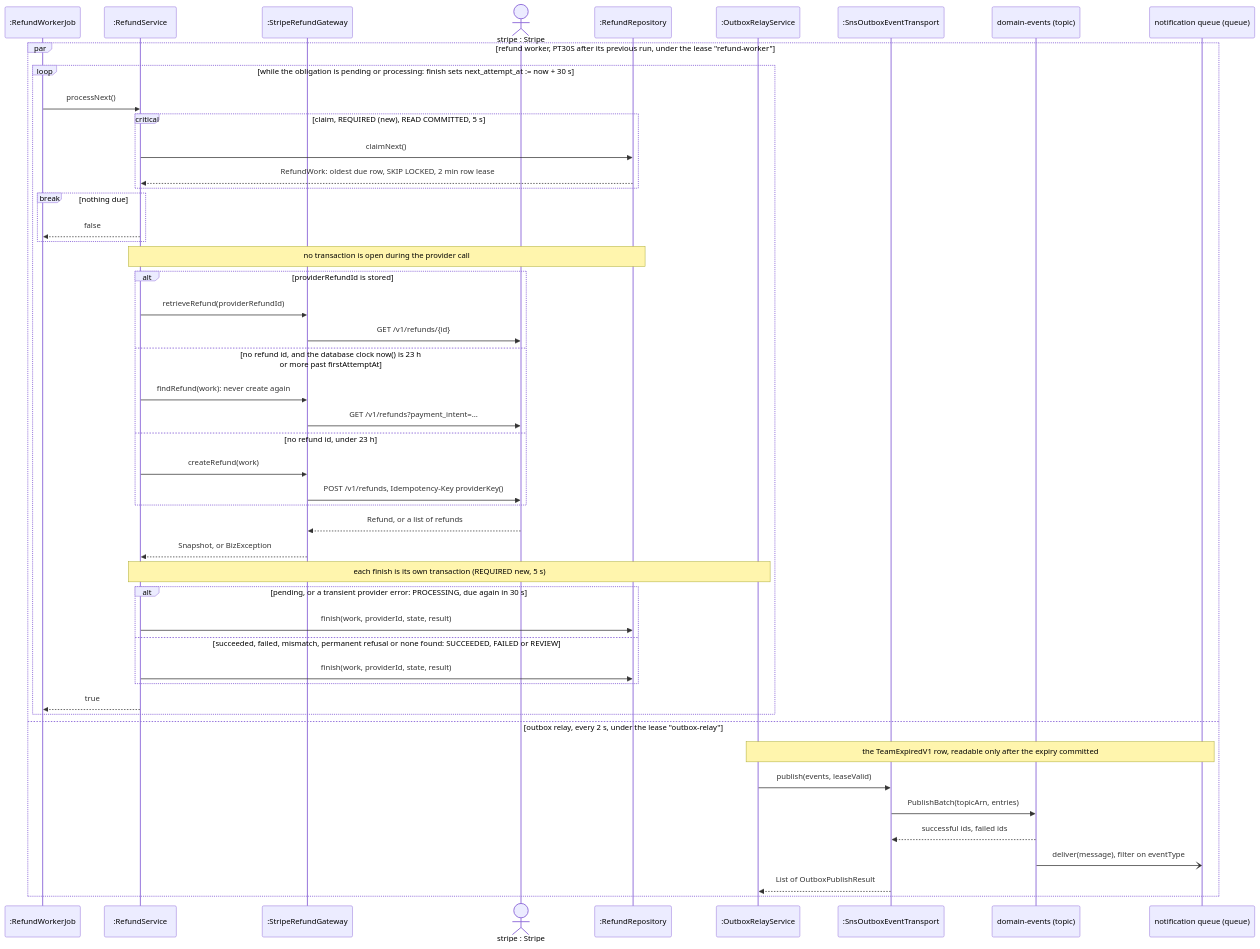
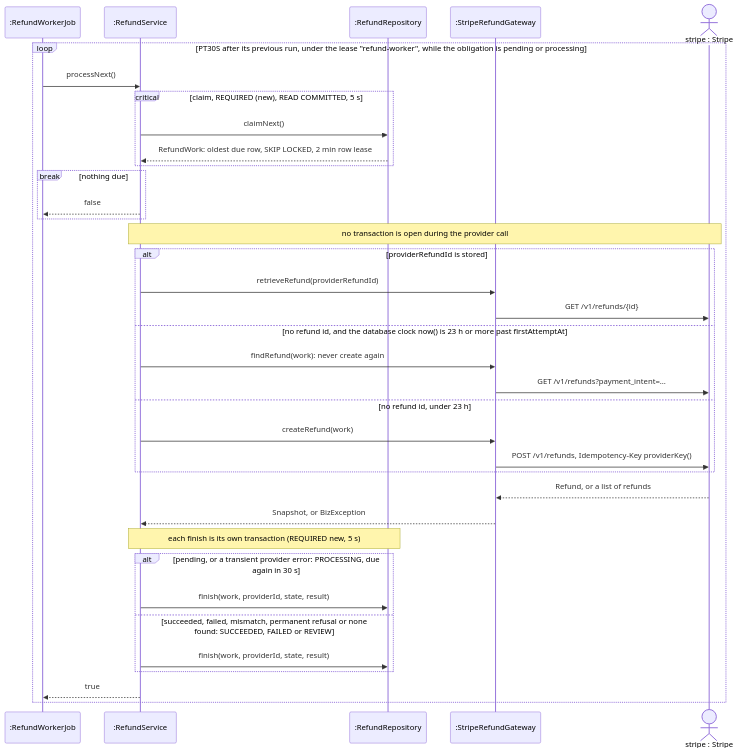
The diagram in docs/swe5001/report/diagrams/uml/src/d14b-refund-retry.mmd (PPsyrius/iss-groupbuy-team8), drawn with Mermaid before and after one commit. The commit also changed 98 other files, not shown here.

```diff
--- a/docs/swe5001/report/diagrams/uml/src/d14b-refund-retry.mmd
+++ b/docs/swe5001/report/diagrams/uml/src/d14b-refund-retry.mmd
@@ -1,51 +1,38 @@
-%% frame: After the expiry: refund retries and event delivery (design)
+%% frame: After the expiry, part 1: the refund worker retries until Stripe answers (design)
 sequenceDiagram
     participant Job as :RefundWorkerJob
     participant Svc as :RefundService
+    participant Repo as :RefundRepository
     participant GW as :StripeRefundGateway
     actor Stripe as stripe : Stripe
-    participant Repo as :RefundRepository
-    participant Relay as :OutboxRelayService
-    participant T as :SnsOutboxEventTransport
-    participant Topic as domain-events (topic)
-    participant Q as notification queue (queue)
 
-    par refund worker, PT30S after its previous run, under the lease "refund-worker"
-        loop while the obligation is pending or processing: finish sets next_attempt_at := now + 30 s
-            Job->>Svc: processNext()
-            critical claim, REQUIRED (new), READ COMMITTED, 5 s
-                Svc->>Repo: claimNext()
-                Repo-->>Svc: RefundWork: oldest due row, SKIP LOCKED, 2 min row lease
-            end
-            break nothing due
-                Svc-->>Job: false
-            end
-            Note over Svc,Repo: no transaction is open during the provider call
-            alt providerRefundId is stored
-                Svc->>GW: retrieveRefund(providerRefundId)
-                GW->>Stripe: GET /v1/refunds/{id}
-            else no refund id, and the database clock now() is 23 h or more past firstAttemptAt
-                Svc->>GW: findRefund(work): never create again
-                GW->>Stripe: GET /v1/refunds?payment_intent=…
-            else no refund id, under 23 h
-                Svc->>GW: createRefund(work)
-                GW->>Stripe: POST /v1/refunds, Idempotency-Key providerKey()
-            end
-            Stripe-->>GW: Refund, or a list of refunds
-            GW-->>Svc: Snapshot, or BizException
-            Note over Svc,Relay: each finish is its own transaction (REQUIRED new, 5 s)
-            alt pending, or a transient provider error: PROCESSING, due again in 30 s
-                Svc->>Repo: finish(work, providerId, state, result)
-            else succeeded, failed, mismatch, permanent refusal or none found: SUCCEEDED, FAILED or REVIEW
-                Svc->>Repo: finish(work, providerId, state, result)
-            end
-            Svc-->>Job: true
+    loop PT30S after its previous run, under the lease "refund-worker", while the obligation is pending or processing
+        Job->>Svc: processNext()
+        critical claim, REQUIRED (new), READ COMMITTED, 5 s
+            Svc->>Repo: claimNext()
+            Repo-->>Svc: RefundWork: oldest due row, SKIP LOCKED, 2 min row lease
         end
-    and outbox relay, every 2 s, under the lease "outbox-relay"
-        Note over Relay,Q: the TeamExpiredV1 row, readable only after the expiry committed
-        Relay->>T: publish(events, leaseValid)
-        T->>Topic: PublishBatch(topicArn, entries)
-        Topic-->>T: successful ids, failed ids
-        Topic-)Q: deliver(message), filter on eventType
-        T-->>Relay: List of OutboxPublishResult
+        break nothing due
+            Svc-->>Job: false
+        end
+        Note over Svc,Stripe: no transaction is open during the provider call
+        alt providerRefundId is stored
+            Svc->>GW: retrieveRefund(providerRefundId)
+            GW->>Stripe: GET /v1/refunds/{id}
+        else no refund id, and the database clock now() is 23 h or more past firstAttemptAt
+            Svc->>GW: findRefund(work): never create again
+            GW->>Stripe: GET /v1/refunds?payment_intent=…
+        else no refund id, under 23 h
+            Svc->>GW: createRefund(work)
+            GW->>Stripe: POST /v1/refunds, Idempotency-Key providerKey()
+        end
+        Stripe-->>GW: Refund, or a list of refunds
+        GW-->>Svc: Snapshot, or BizException
+        Note over Svc,Repo: each finish is its own transaction (REQUIRED new, 5 s)
+        alt pending, or a transient provider error: PROCESSING, due again in 30 s
+            Svc->>Repo: finish(work, providerId, state, result)
+        else succeeded, failed, mismatch, permanent refusal or none found: SUCCEEDED, FAILED or REVIEW
+            Svc->>Repo: finish(work, providerId, state, result)
+        end
+        Svc-->>Job: true
     end
```
